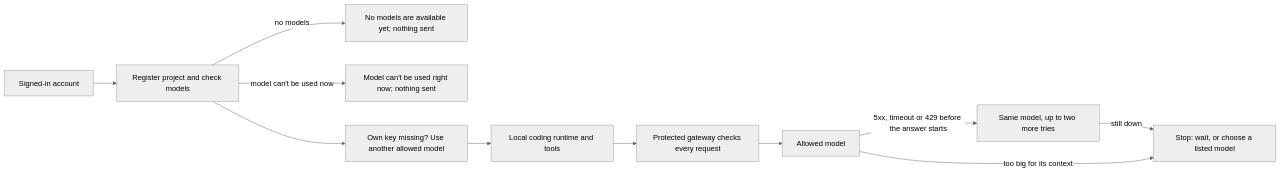
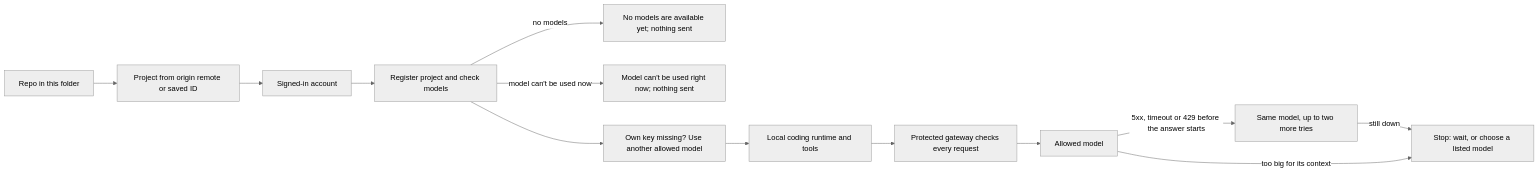
Before and after one commit to OsamaFelFel/keeplane: the diagram in docs/guide/cli-coding.md, drawn with Mermaid (neutral theme). The commit also changed other lines of this file and 19 other files, not shown here.

````diff
--- a/docs/guide/cli-coding.md
+++ b/docs/guide/cli-coding.md
@@ -106,13 +156,15 @@
 ```mermaid
 flowchart LR
-  Profile[Signed-in account] --> Check[Register project and check models]
+  Repo[Repo in this folder] --> Project[Project from origin remote or saved ID]
+  Project --> Profile[Signed-in account]
+  Profile --> Check[Register project and check models]
   Check -->|no models| Stop[No models are available yet; nothing sent]
   Check -->|model can't be used now| Stop2[Model can't be used right now; nothing sent]
   Check --> Choice[Own key missing? Use another allowed model]
   Choice --> Local[Local coding runtime and tools]
   Local --> Gateway[Protected gateway checks every request]
   Gateway --> Model[Allowed model]
   Model -->|5xx, timeout or 429 before the answer starts| Retry[Same model, up to two more tries]
   Retry -->|still down| Tell[Stop: wait, or choose a listed model]
   Model -->|too big for its context| Tell
 ```
````
